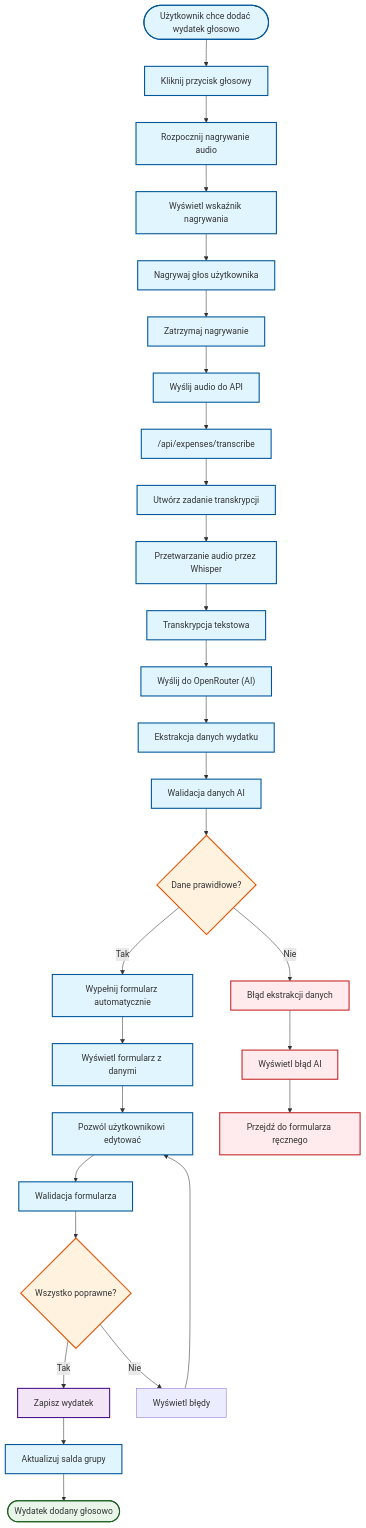
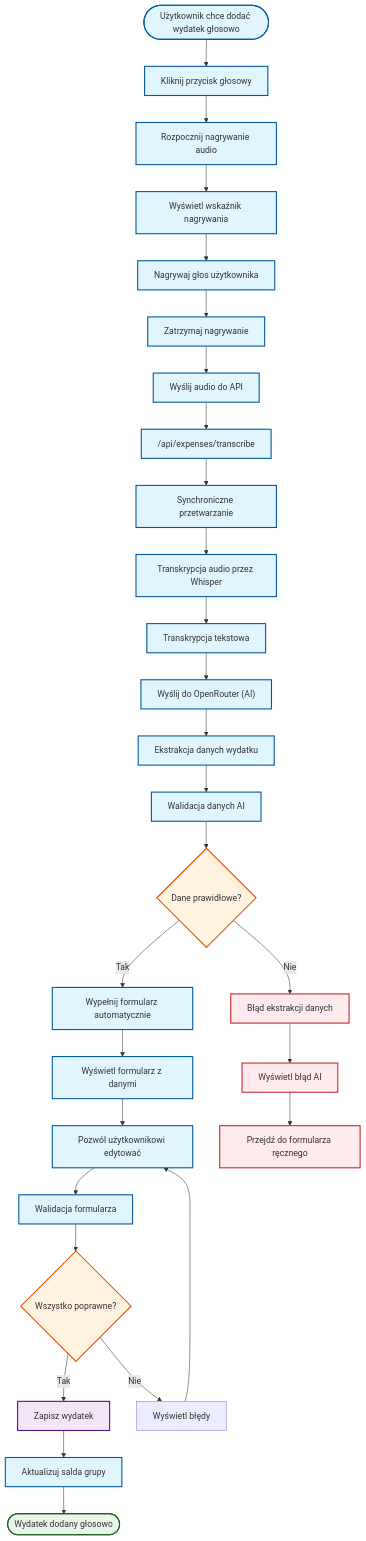
One commit to wojciech-borek/billzilla changed the second of 4 diagrams in .ai/diagrams/voice-expense-flow.md. Above: the diagram before and after it, drawn with Mermaid. The commit also changed other lines of this file and 24 other files, not shown here.

````diff
--- a/.ai/diagrams/voice-expense-flow.md
+++ b/.ai/diagrams/voice-expense-flow.md
@@ -58,50 +50,50 @@
 ```mermaid
 flowchart TD
     START(["Użytkownik chce dodać wydatek głosowo"])
 
     START --> A["Kliknij przycisk głosowy"]
     A --> B["Rozpocznij nagrywanie audio"]
     B --> C["Wyświetl wskaźnik nagrywania"]
     C --> D["Nagrywaj głos użytkownika"]
 
     D --> E["Zatrzymaj nagrywanie"]
     E --> F["Wyślij audio do API"]
     F --> G["/api/expenses/transcribe"]
-    G --> H["Utwórz zadanie transkrypcji"]
+    G --> H["Synchroniczne przetwarzanie"]
 
-    H --> I["Przetwarzanie audio przez Whisper"]
+    H --> I["Transkrypcja audio przez Whisper"]
     I --> J["Transkrypcja tekstowa"]
     J --> K["Wyślij do OpenRouter (AI)"]
     K --> L["Ekstrakcja danych wydatku"]
     L --> M["Walidacja danych AI"]
 
     M --> N{"Dane prawidłowe?"}
     N -->|"Tak"| O["Wypełnij formularz automatycznie"]
     N -->|"Nie"| P["Błąd ekstrakcji danych"]
 
     O --> Q["Wyświetl formularz z danymi"]
     Q --> R["Pozwól użytkownikowi edytować"]
     R --> S["Walidacja formularza"]
     S --> T{"Wszystko poprawne?"}
     T -->|"Tak"| U["Zapisz wydatek"]
     T -->|"Nie"| V["Wyświetl błędy"]
     V --> R
 
     U --> W["Aktualizuj salda grupy"]
     W --> END(["Wydatek dodany głosowo"])
 
     P --> X["Wyświetl błąd AI"]
     X --> Y["Przejdź do formularza ręcznego"]
 
     classDef process fill:#e1f5fe,stroke:#01579b,stroke-width:2px
     classDef decision fill:#fff3e0,stroke:#e65100,stroke-width:2px
     classDef action fill:#f3e5f5,stroke:#4a148c,stroke-width:2px
     classDef success fill:#e8f5e8,stroke:#1b5e20,stroke-width:2px
     classDef error fill:#ffebee,stroke:#c62828,stroke-width:2px
 
     class START,A,B,C,D,E,F,G,H,I,J,K,L,M,O,Q,R,S,U,W,END process
     class N,T decision
     class U action
     class END success
     class P,X,Y error
 ```
````
